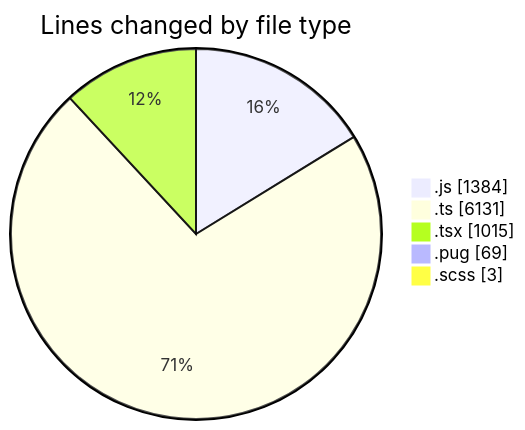
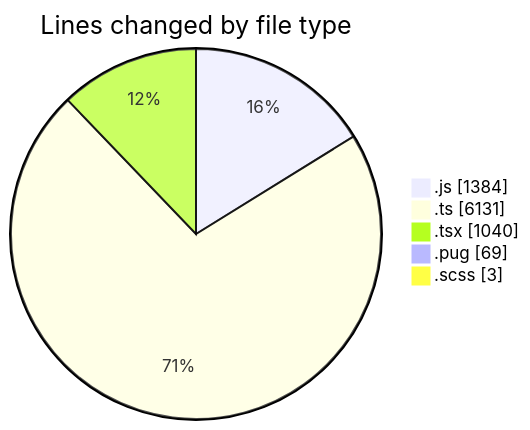
The first of 2 diagrams in 2025-03-25/cda/README.md (momahboobian/code-tracking), drawn with Mermaid before and after one commit. The commit also changed other lines of this file and 1 other file, not shown here.

````diff
--- a/2025-03-25/cda/README.md
+++ b/2025-03-25/cda/README.md
@@ -37,9 +37,9 @@
 ```mermaid
 pie showData
 title Lines changed by file type
 ".js" : 1384
 ".ts" : 6131
-".tsx" : 1015
+".tsx" : 1040
 ".pug" : 69
 ".scss" : 3
 ```
````
